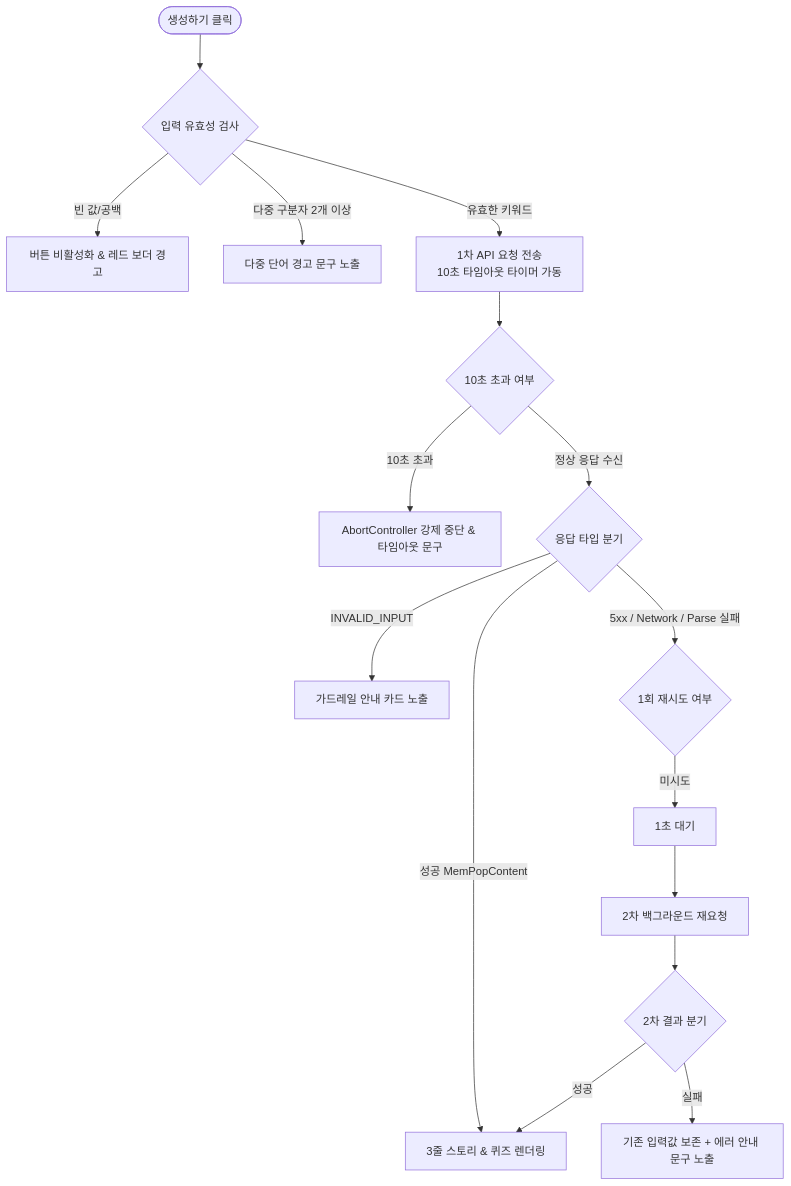
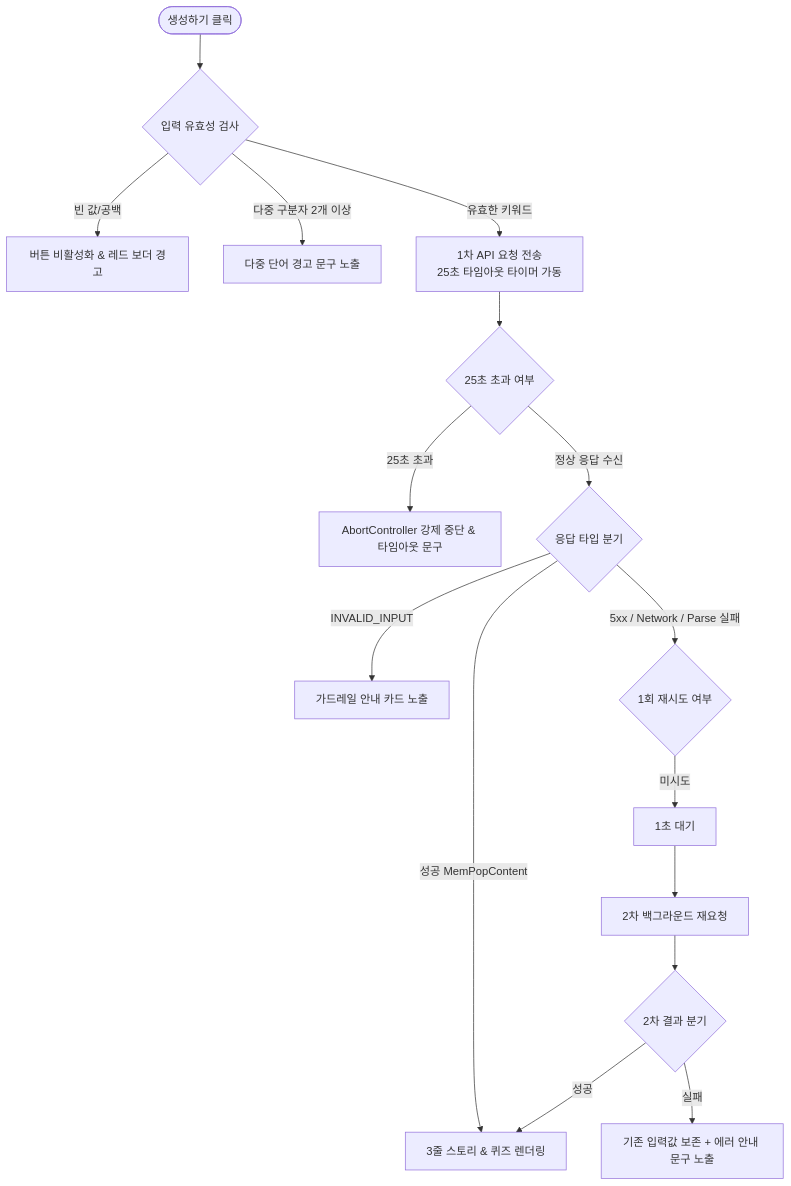
Before and after one commit to mingyeol2/mem-pop: the second of 2 diagrams in docs/ARCHITECTURE.md, drawn with Mermaid. The commit also changed 15 other files, not shown here.

````diff
--- a/docs/ARCHITECTURE.md
+++ b/docs/ARCHITECTURE.md
@@ -38,20 +38,20 @@
 ```mermaid
 flowchart TD
     Start([생성하기 클릭]) --> ValCheck{입력 유효성 검사}
     ValCheck -- 빈 값/공백 --> ErrEmpty[버튼 비활성화 & 레드 보더 경고]
     ValCheck -- 다중 구분자 2개 이상 --> WarnMulti[다중 단어 경고 문구 노출]
-    ValCheck -- 유효한 키워드 --> Req1[1차 API 요청 전송<br/>10초 타임아웃 타이머 가동]
+    ValCheck -- 유효한 키워드 --> Req1[1차 API 요청 전송<br/>25초 타임아웃 타이머 가동]
     
-    Req1 --> TimeCheck{10초 초과 여부}
-    TimeCheck -- 10초 초과 --> AbortReq[AbortController 강제 중단 & 타임아웃 문구]
+    Req1 --> TimeCheck{25초 초과 여부}
+    TimeCheck -- 25초 초과 --> AbortReq[AbortController 강제 중단 & 타임아웃 문구]
     
     TimeCheck -- 정상 응답 수신 --> ResType{응답 타입 분기}
     ResType -- INVALID_INPUT --> ShowGuard[가드레일 안내 카드 노출]
     ResType -- 성공 MemPopContent --> RenderSuccess[3줄 스토리 & 퀴즈 렌더링]
     
     ResType -- 5xx / Network / Parse 실패 --> RetryLogic{1회 재시도 여부}
     RetryLogic -- 미시도 --> Delay[1초 대기] --> Req2[2차 백그라운드 재요청]
     Req2 --> ResType2{2차 결과 분기}
     ResType2 -- 성공 --> RenderSuccess
     ResType2 -- 실패 --> ShowErr[기존 입력값 보존 + 에러 안내 문구 노출]
 ```
````
